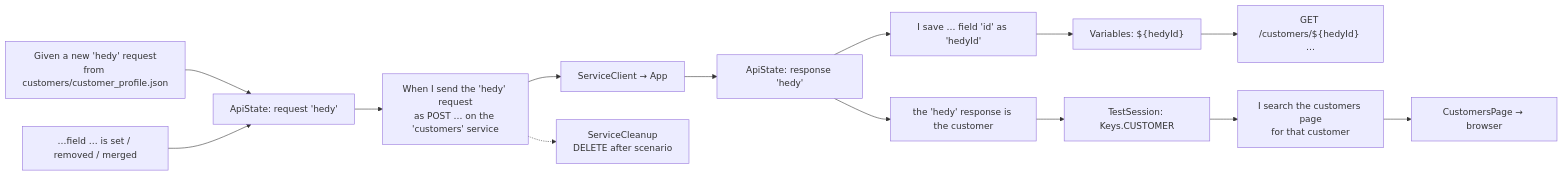
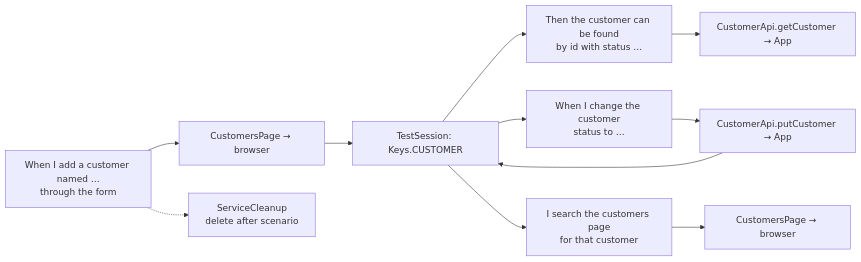
The sixth of 7 diagrams in docs/architecture.md (JayeshKumud/agentic-qa-java), drawn with Mermaid before and after one commit. The commit also changed other lines of this file and 63 other files, not shown here.

````diff
--- a/docs/architecture.md
+++ b/docs/architecture.md
@@ -268,12 +253,10 @@
 ```mermaid
 flowchart LR
-    F1["Given a new 'hedy' request<br/>from customers/customer_profile.json"] --> AS1["ApiState: request 'hedy'"]
-    F2["…field … is set / removed / merged"] --> AS1
-    AS1 --> F3["When I send the 'hedy' request<br/>as POST … on the 'customers' service"]
-    F3 --> SC["ServiceClient → App"] --> AS2["ApiState: response 'hedy'"]
-    AS2 --> F4["I save … field 'id' as 'hedyId'"] --> VAR["Variables: ${hedyId}"]
-    VAR --> F5["GET /customers/${hedyId} …"]
-    AS2 --> F6["the 'hedy' response is the customer"] --> KEY["TestSession: Keys.CUSTOMER"]
-    KEY --> F7["I search the customers page<br/>for that customer"] --> PO["CustomersPage → browser"]
-    F3 -.-> CLN["ServiceCleanup<br/>DELETE after scenario"]
+    F1["When I add a customer named …<br/>through the form"] --> PO1["CustomersPage → browser"]
+    PO1 --> KEY["TestSession: Keys.CUSTOMER"]
+    KEY --> F2["Then the customer can be found<br/>by id with status …"] --> CA1["CustomerApi.getCustomer → App"]
+    KEY --> F3["When I change the customer<br/>status to …"] --> CA2["CustomerApi.putCustomer → App"]
+    CA2 --> KEY
+    KEY --> F4["I search the customers page<br/>for that customer"] --> PO2["CustomersPage → browser"]
+    F1 -.-> CLN["ServiceCleanup<br/>delete after scenario"]
 ```
````
